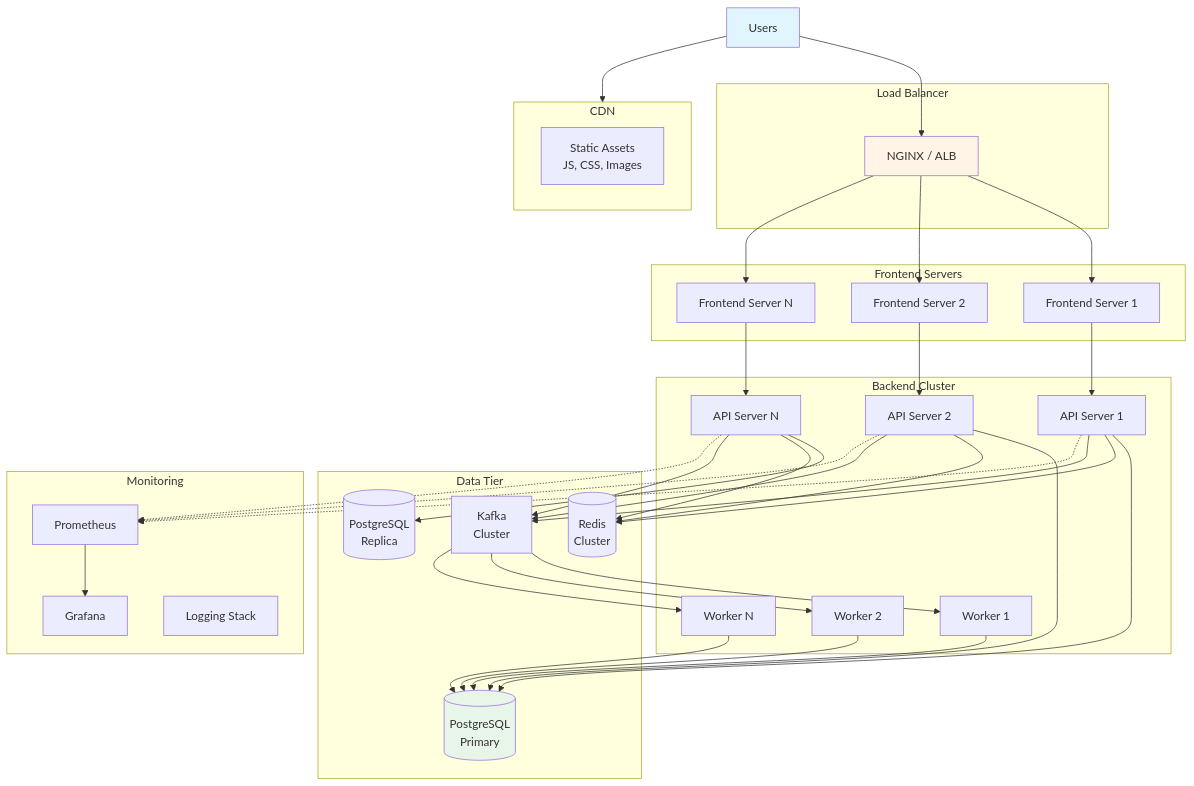
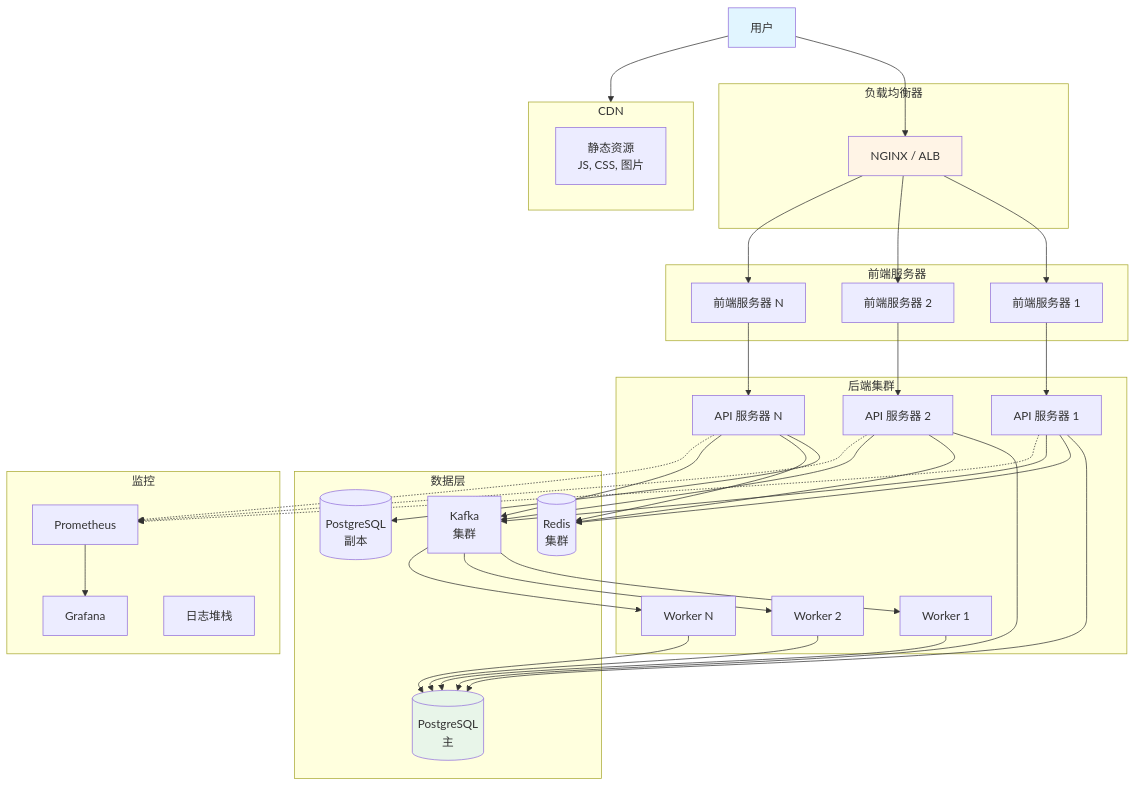
One commit to liushuai0109/workflow-engine changed diagram 11 of 14 in openspec/changes/archive/2025-12-19-add-lifecycle-operations-foundation/ARCHITECTURE.md. Above: the diagram before and after it, drawn with Mermaid. The commit also changed other lines of this file and 12 other files, not shown here.

````diff
--- a/openspec/changes/archive/2025-12-19-add-lifecycle-operations-foundation/ARCHITECTURE.md
+++ b/openspec/changes/archive/2025-12-19-add-lifecycle-operations-foundation/ARCHITECTURE.md
@@ -552,79 +552,79 @@
 ```mermaid
 graph TB
     subgraph "CDN"
-        Static[Static Assets<br/>JS, CSS, Images]
+        Static[静态资源<br/>JS, CSS, 图片]
     end
 
-    subgraph "Load Balancer"
+    subgraph "负载均衡器"
         LB[NGINX / ALB]
     end
 
-    subgraph "Frontend Servers"
-        FE1[Frontend Server 1]
-        FE2[Frontend Server 2]
-        FE3[Frontend Server N]
+    subgraph "前端服务器"
+        FE1[前端服务器 1]
+        FE2[前端服务器 2]
+        FE3[前端服务器 N]
     end
 
-    subgraph "Backend Cluster"
-        API1[API Server 1]
-        API2[API Server 2]
-        API3[API Server N]
+    subgraph "后端集群"
+        API1[API 服务器 1]
+        API2[API 服务器 2]
+        API3[API 服务器 N]
 
         Worker1[Worker 1]
         Worker2[Worker 2]
         Worker3[Worker N]
     end
 
-    subgraph "Data Tier"
-        PG[(PostgreSQL<br/>Primary)]
-        PGR[(PostgreSQL<br/>Replica)]
-        Redis[(Redis<br/>Cluster)]
-        Kafka[Kafka<br/>Cluster]
+    subgraph "数据层"
+        PG[(PostgreSQL<br/>主)]
+        PGR[(PostgreSQL<br/>副本)]
+        Redis[(Redis<br/>集群)]
+        Kafka[Kafka<br/>集群]
     end
 
-    subgraph "Monitoring"
+    subgraph "监控"
         Prom[Prometheus]
         Graf[Grafana]
-        Log[Logging Stack]
+        Log[日志堆栈]
     end
 
-    Users[Users] --> CDN
+    Users[用户] --> CDN
     Users --> LB
 
     LB --> FE1
     LB --> FE2
     LB --> FE3
 
     FE1 --> API1
     FE2 --> API2
     FE3 --> API3
 
     API1 --> PG
     API2 --> PG
     API3 --> PGR
 
     API1 --> Redis
     API2 --> Redis
     API3 --> Redis
 
     API1 --> Kafka
     API2 --> Kafka
     API3 --> Kafka
 
     Kafka --> Worker1
     Kafka --> Worker2
     Kafka --> Worker3
 
     Worker1 --> PG
     Worker2 --> PG
     Worker3 --> PG
 
     API1 -.-> Prom
     API2 -.-> Prom
     API3 -.-> Prom
     Prom --> Graf
 
     style Users fill:#e1f5ff
     style LB fill:#fff4e6
     style PG fill:#e8f5e9
 ```
````
